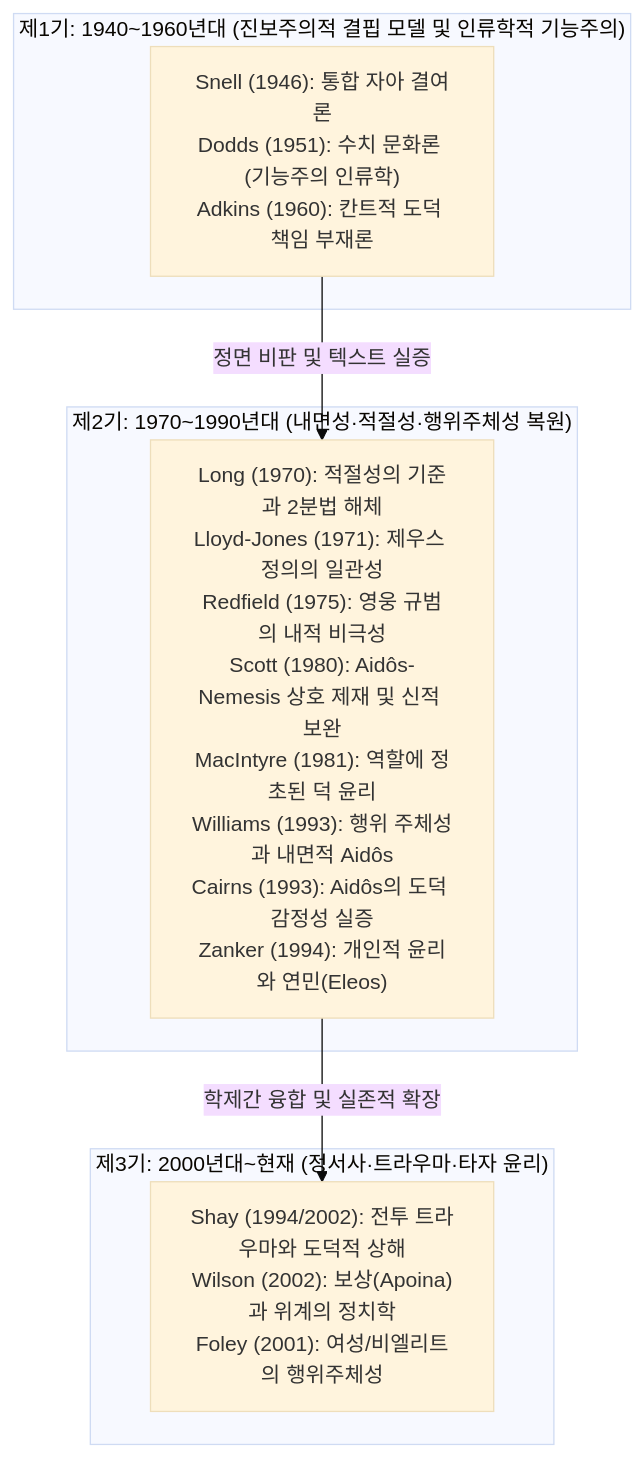
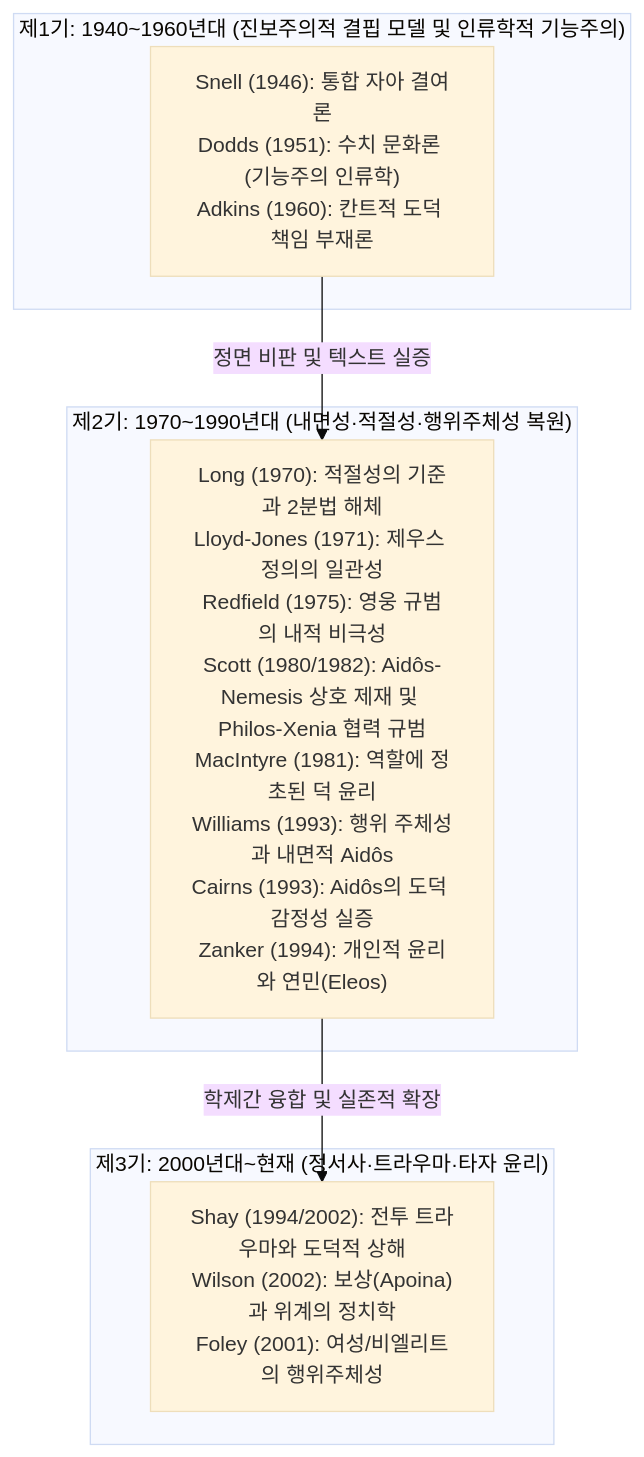
One commit to YgHnSIM/Homer_wiki changed the third of 4 diagrams in wiki/analyses/homeric-ethics-literature-review.md. Above: the diagram before and after it, drawn with Mermaid (base theme). The commit also changed other lines of this file and 8 other files, not shown here.

````diff
--- a/wiki/analyses/homeric-ethics-literature-review.md
+++ b/wiki/analyses/homeric-ethics-literature-review.md
@@ -273,17 +273,17 @@
 ```mermaid
 graph TD
     subgraph "제1기: 1940~1960년대 (진보주의적 결핍 모델 및 인류학적 기능주의)"
         P1["Snell (1946): 통합 자아 결여론<br/>Dodds (1951): 수치 문화론 (기능주의 인류학)<br/>Adkins (1960): 칸트적 도덕 책임 부재론"]
     end
 
     subgraph "제2기: 1970~1990년대 (내면성·적절성·행위주체성 복원)"
-        P2["Long (1970): 적절성의 기준과 2분법 해체<br/>Lloyd-Jones (1971): 제우스 정의의 일관성<br/>Redfield (1975): 영웅 규범의 내적 비극성<br/>Scott (1980): Aidôs-Nemesis 상호 제재 및 신적 보완<br/>MacIntyre (1981): 역할에 정초된 덕 윤리<br/>Williams (1993): 행위 주체성과 내면적 Aidôs<br/>Cairns (1993): Aidôs의 도덕 감정성 실증<br/>Zanker (1994): 개인적 윤리와 연민(Eleos)"]
+        P2["Long (1970): 적절성의 기준과 2분법 해체<br/>Lloyd-Jones (1971): 제우스 정의의 일관성<br/>Redfield (1975): 영웅 규범의 내적 비극성<br/>Scott (1980/1982): Aidôs-Nemesis 상호 제재 및 Philos-Xenia 협력 규범<br/>MacIntyre (1981): 역할에 정초된 덕 윤리<br/>Williams (1993): 행위 주체성과 내면적 Aidôs<br/>Cairns (1993): Aidôs의 도덕 감정성 실증<br/>Zanker (1994): 개인적 윤리와 연민(Eleos)"]
     end
 
     subgraph "제3기: 2000년대~현재 (정서사·트라우마·타자 윤리)"
         P3["Shay (1994/2002): 전투 트라우마와 도덕적 상해<br/>Wilson (2002): 보상(Apoina)과 위계의 정치학<br/>Foley (2001): 여성/비엘리트의 행위주체성"]
     end
 
     P1 -->|정면 비판 및 텍스트 실증| P2
     P2 -->|학제간 융합 및 실존적 확장| P3
 ```
````
